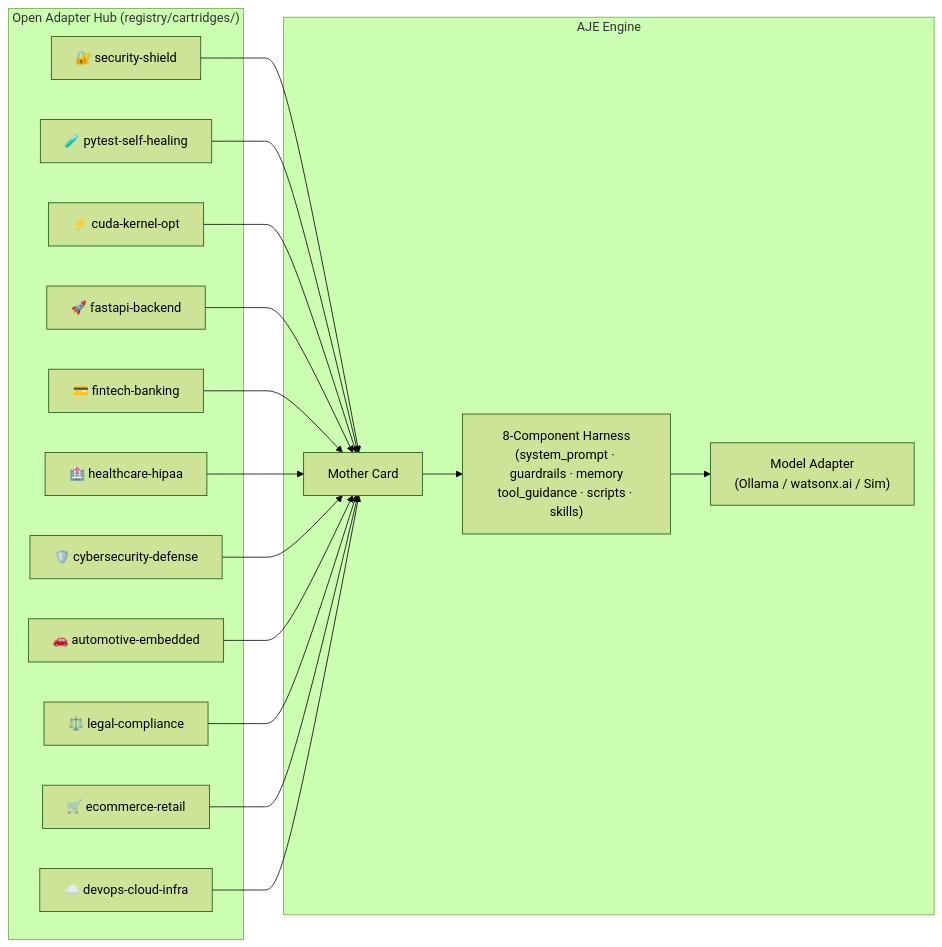
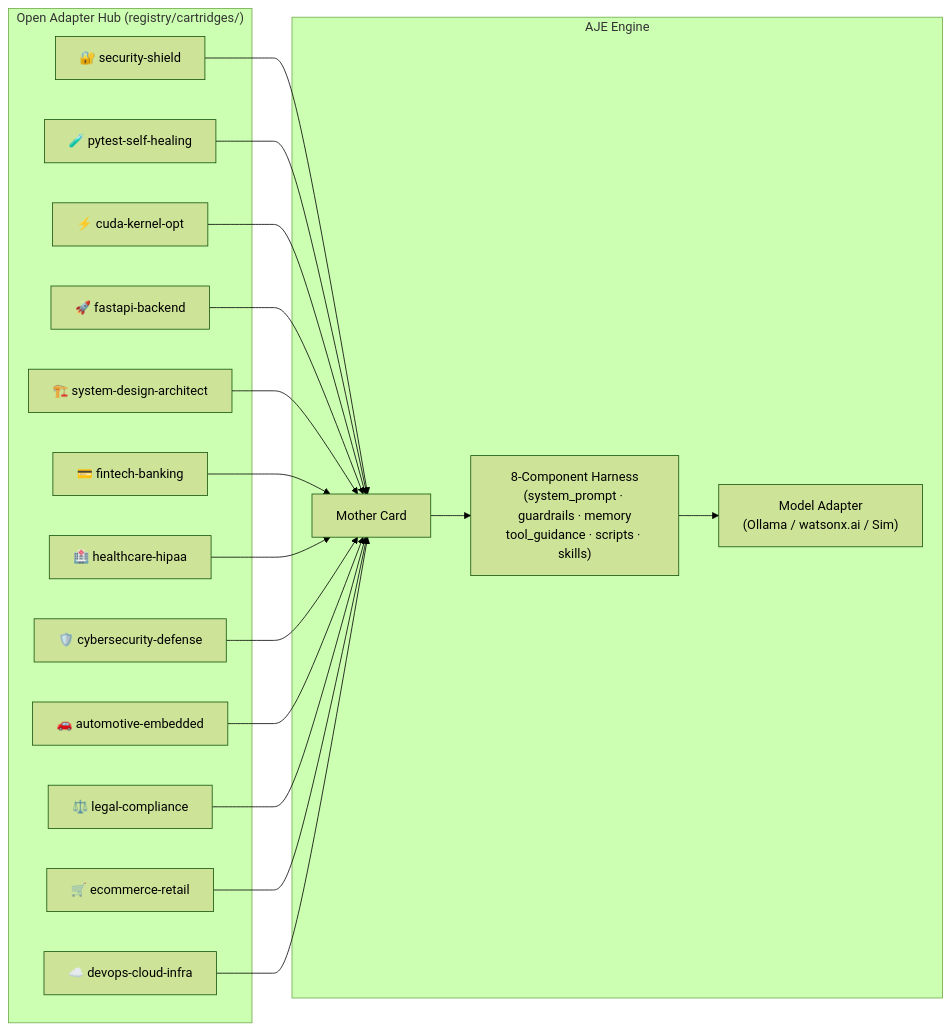
The third of 4 diagrams in README.md (commitdot/autonomous-job-card-engine), drawn with Mermaid (forest theme) before and after one commit. The commit also changed other lines of this file and 10 other files, not shown here.

Commit message:
feat: add System Design Cartridge (freeCodeCamp distilled) and Unsloth LoRA training pipeline

````diff
--- a/README.md
+++ b/README.md
@@ -403,26 +403,27 @@
 ```mermaid
 flowchart LR
     subgraph Hub ["Open Adapter Hub (registry/cartridges/)"]
         T1["🔐 security-shield"]
         T2["🧪 pytest-self-healing"]
         T3["⚡ cuda-kernel-opt"]
         T4["🚀 fastapi-backend"]
+        T5["🏗️ system-design-architect"]
         I1["💳 fintech-banking"]
         I2["🏥 healthcare-hipaa"]
         I3["🛡️ cybersecurity-defense"]
         I4["🚗 automotive-embedded"]
         I5["⚖️ legal-compliance"]
         I6["🛒 ecommerce-retail"]
         I7["☁️ devops-cloud-infra"]
     end
 
     subgraph AJE ["AJE Engine"]
         Mother["Mother Card"]
         Harness["8-Component Harness\n(system_prompt · guardrails · memory\ntool_guidance · scripts · skills)"]
         Adapter["Model Adapter\n(Ollama / watsonx.ai / Sim)"]
     end
 
-    T1 & T2 & T3 & T4 --> Mother
+    T1 & T2 & T3 & T4 & T5 --> Mother
     I1 & I2 & I3 & I4 & I5 & I6 & I7 --> Mother
     Mother --> Harness --> Adapter
 ```
````
